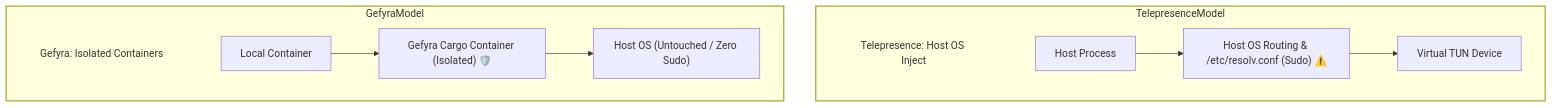
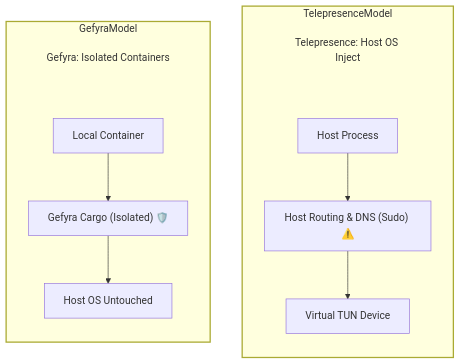
The diagram in gefyra-docs/content/en/7.comparisons/1.gefyra-vs-telepresence.md (gefyrahq/gefyra), drawn with Mermaid before and after one commit. The commit also changed 13 other files, not shown here.

First line of the commit message:
feat: enable expand functionality in Nuxt config and update Mermaid styles (#1565)

````diff
--- a/gefyra-docs/content/en/7.comparisons/1.gefyra-vs-telepresence.md
+++ b/gefyra-docs/content/en/7.comparisons/1.gefyra-vs-telepresence.md
@@ -36,23 +36,23 @@
 ```mermaid
-flowchart TD
+flowchart TB
     subgraph TelepresenceModel
-        direction LR
+        direction TB
         TeleTitle[["Telepresence: Host OS Inject"]] ~~~ HostApp["Host Process"]
-        HostApp --> HostNet["Host OS Routing & /etc/resolv.conf (Sudo) ⚠️"]
+        HostApp --> HostNet["Host Routing & DNS (Sudo) ⚠️"]
         HostNet --> TUN["Virtual TUN Device"]
     end
 
     subgraph GefyraModel
-        direction LR
+        direction TB
         GefyraTitle[["Gefyra: Isolated Containers"]] ~~~ AppContainer["Local Container"]
-        AppContainer --> CargoContainer["Gefyra Cargo Container (Isolated) 🛡️"]
-        CargoContainer --> HostClean["Host OS (Untouched / Zero Sudo)"]
+        AppContainer --> CargoContainer["Gefyra Cargo (Isolated) 🛡️"]
+        CargoContainer --> HostClean["Host OS Untouched"]
     end
 
     classDef groupTitle fill:transparent,stroke:none;
     classDef danger stroke-width:2px;
     classDef safe stroke-width:2px;
     class TeleTitle,GefyraTitle groupTitle;
     class TelepresenceModel danger;
     class GefyraModel safe;
 ```
````
